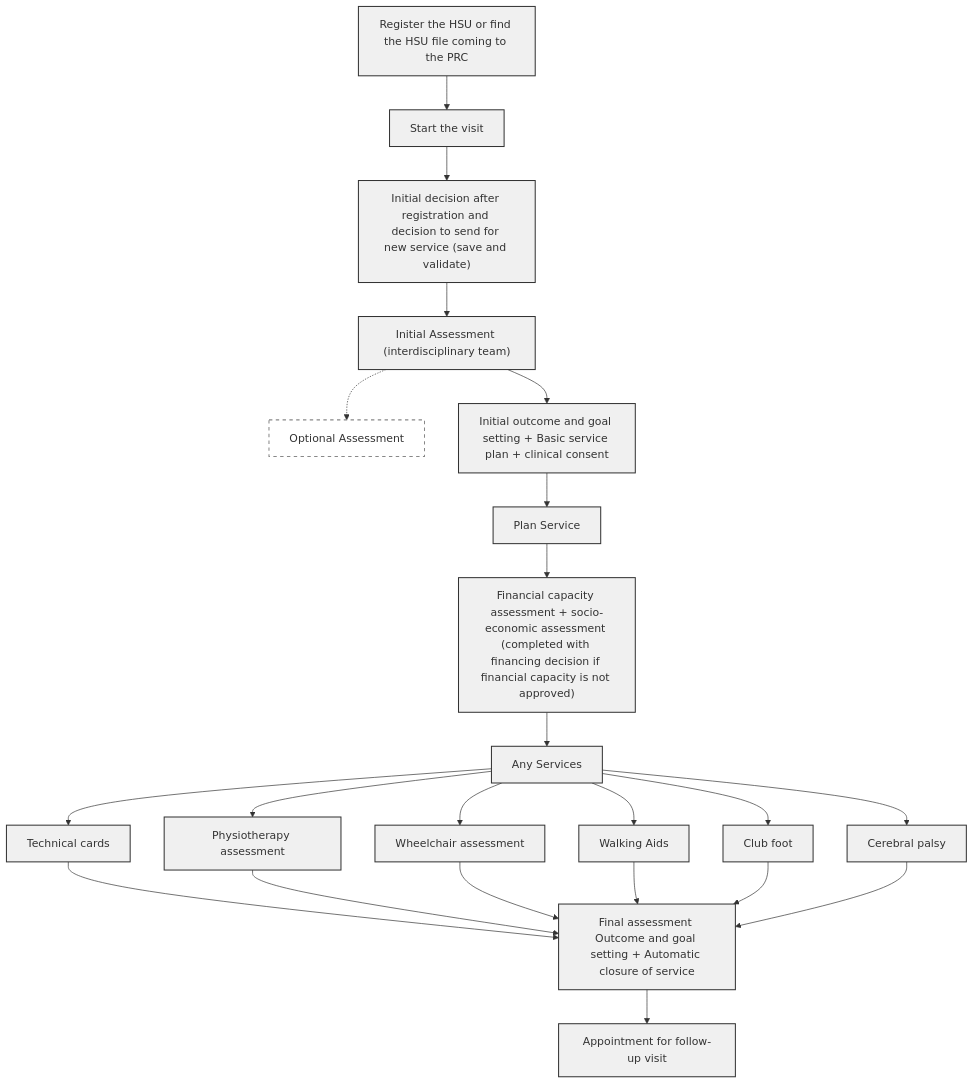
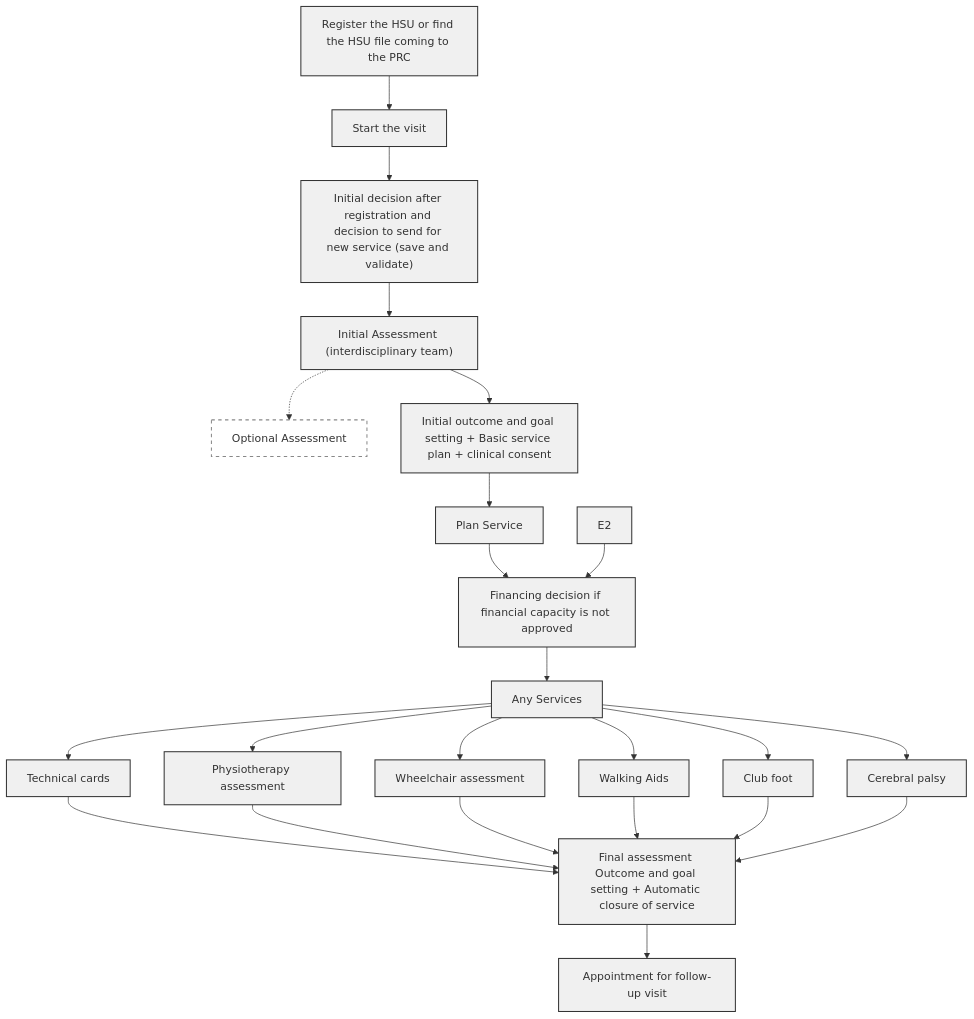
The first of 3 diagrams in digital-center-management-system-v2/openmrs/dcms-openmrs/hsu-journey-and-workflows/workflow-user-journey.md (icrc/digitalhealth-docs), drawn with Mermaid before and after one commit. The commit also changed other lines of this file and 22 other files, not shown here.

````diff
--- a/digital-center-management-system-v2/openmrs/dcms-openmrs/hsu-journey-and-workflows/workflow-user-journey.md
+++ b/digital-center-management-system-v2/openmrs/dcms-openmrs/hsu-journey-and-workflows/workflow-user-journey.md
@@ -54,42 +54,43 @@
 ```mermaid
 
   flowchart TB
     %% Main workflow
     A["Register the HSU or find the HSU file coming to the PRC"] --> 
     B["Start the visit"] --> 
     C["Initial decision after registration and decision to send for new service (save and validate)"] --> 
     D["Initial Assessment (interdisciplinary team)"]
 
     %% Optional assessment
     D -.-> D2["Optional Assessment"]
 
     D --> E["Initial outcome and goal setting + Basic service plan + clinical consent"]
     E --> E1["Plan Service"]
-    E1 --> F["Financial capacity assessment + socio-economic assessment (completed with financing decision if financial capacity is not approved)"]
+    E1 --> F["Financial capacity assessment + socio-economic assessment"]
+    E2 --> F["Financing decision if financial capacity is not approved"]
     F --> G["Any Services"]
 
     %% Subgraph for services (no label), all connect directly to Final Assessment
     subgraph "" direction LR
         G --> G1["Technical cards"]
         G --> G2["Physiotherapy assessment"]
         G --> G3["Wheelchair assessment"]
         G --> G4["Walking Aids"]
         G --> G5["Club foot"]
         G --> G6["Cerebral palsy"]
     
     G1 --> K
     G2 --> K
     G3 --> K
     G4 --> K
     G5 --> K
     G6 --> K
 
     %% Final steps
     K["Final assessment Outcome and goal setting + Automatic closure of service"]
     K --> L["Appointment for follow-up visit"]
 
     %% Styling
     classDef default fill:#f0f0f0,stroke:#333,stroke-width:1.5px;
     classDef optional stroke-dasharray: 5 5,stroke:#888,fill:#ffffff;
     class D2 optional;
 ```
````
